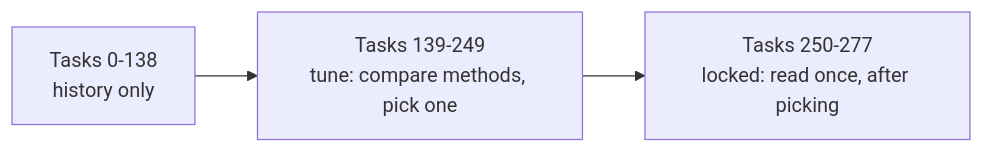
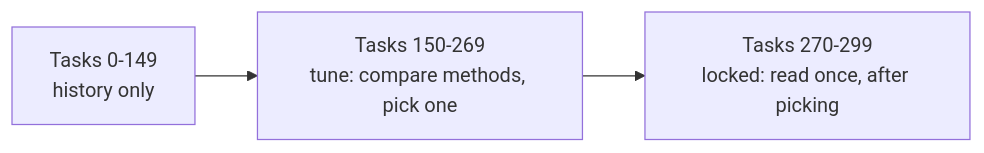
One commit to Nachox07/cc-estimate changed the third of 5 diagrams in docs/how-it-works.md. Above: the diagram before and after it, drawn with Mermaid. The commit also changed other lines of this file and 5 other files, not shown here.

````diff
--- a/docs/how-it-works.md
+++ b/docs/how-it-works.md
@@ -69,4 +70,4 @@
 ```mermaid
 flowchart LR
-  H["Tasks 0-138<br/>history only"] --> T["Tasks 139-249<br/>tune: compare methods, pick one"] --> L["Tasks 250-277<br/>locked: read once, after picking"]
+  H["Tasks 0-149<br/>history only"] --> T["Tasks 150-269<br/>tune: compare methods, pick one"] --> L["Tasks 270-299<br/>locked: read once, after picking"]
 ```
````
